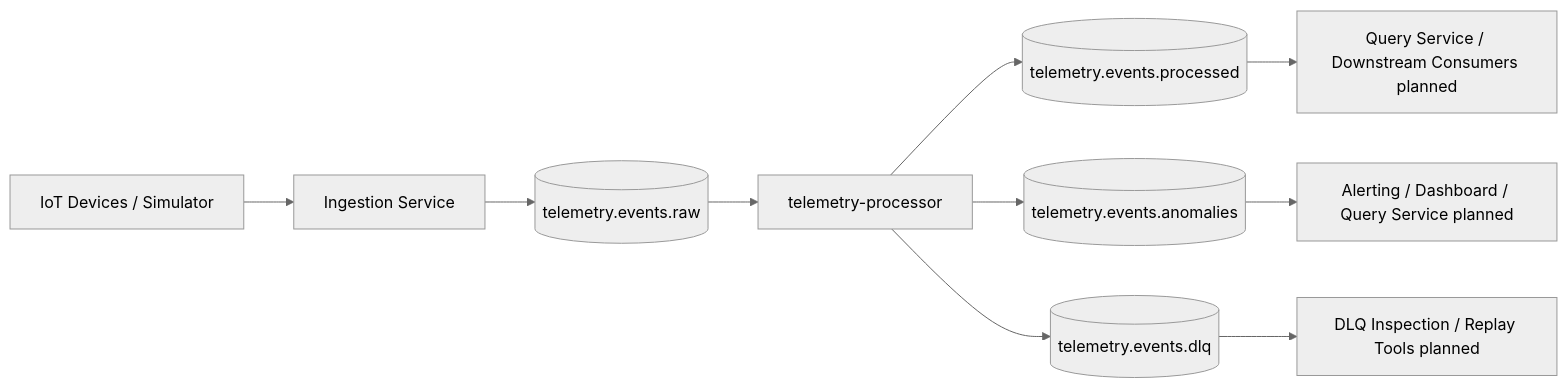
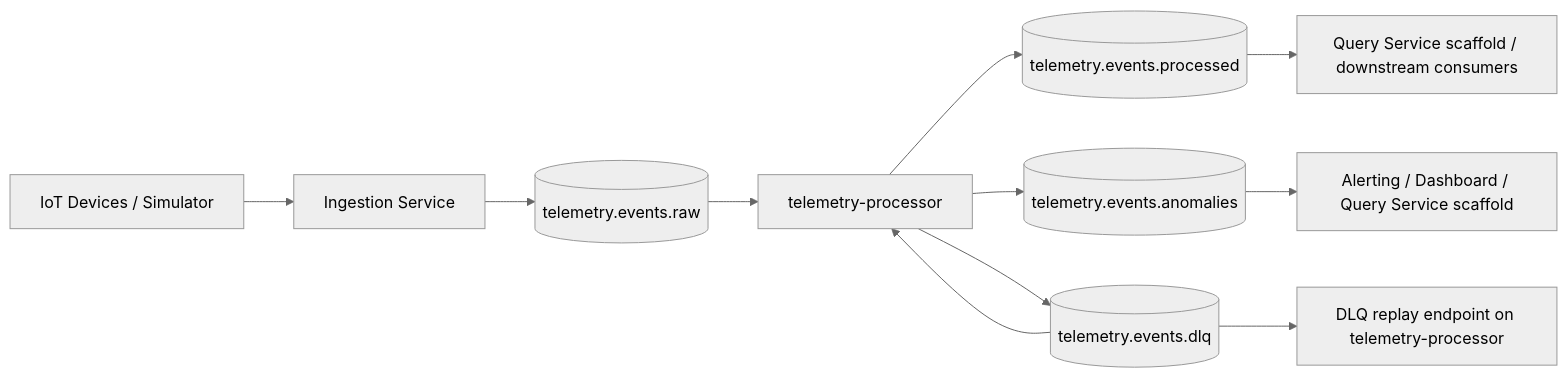
One commit to ME-Massine/pulsestream changed the diagram in docs/diagrams/kafka-topology.md. Above: the diagram before and after it, drawn with Mermaid (neutral theme). The commit also changed other lines of this file and 12 other files, not shown here.

Commit message:
docs: synchronize roadmap, project state, and diagrams for Phase 7 (#261)

````diff
--- a/docs/diagrams/kafka-topology.md
+++ b/docs/diagrams/kafka-topology.md
@@ -5,15 +5,16 @@
 ```mermaid
 flowchart LR
     A[IoT Devices / Simulator] --> B[Ingestion Service]
     B --> T1[(telemetry.events.raw)]
 
     T1 --> C[telemetry-processor]
 
     C --> T2[(telemetry.events.processed)]
     C --> T3[(telemetry.events.anomalies)]
     C --> T4[(telemetry.events.dlq)]
+    T4 --> C
 
-    T2 --> D[Query Service / Downstream Consumers planned]
-    T3 --> E[Alerting / Dashboard / Query Service planned]
-    T4 --> F[DLQ Inspection / Replay Tools planned]
+    T2 --> D[Query Service scaffold / downstream consumers]
+    T3 --> E[Alerting / Dashboard / Query Service scaffold]
+    T4 --> F[DLQ replay endpoint on telemetry-processor]
 ```
````
